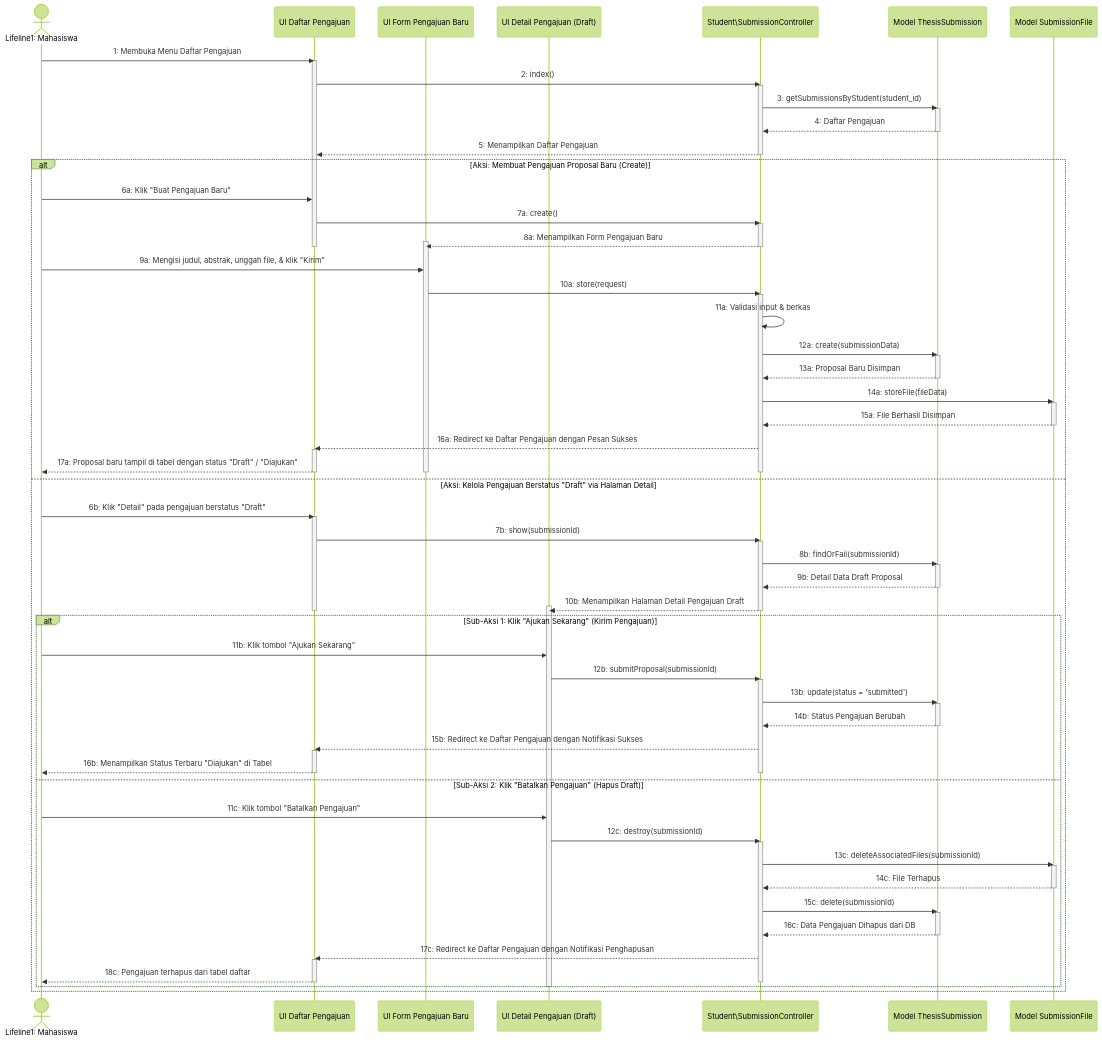
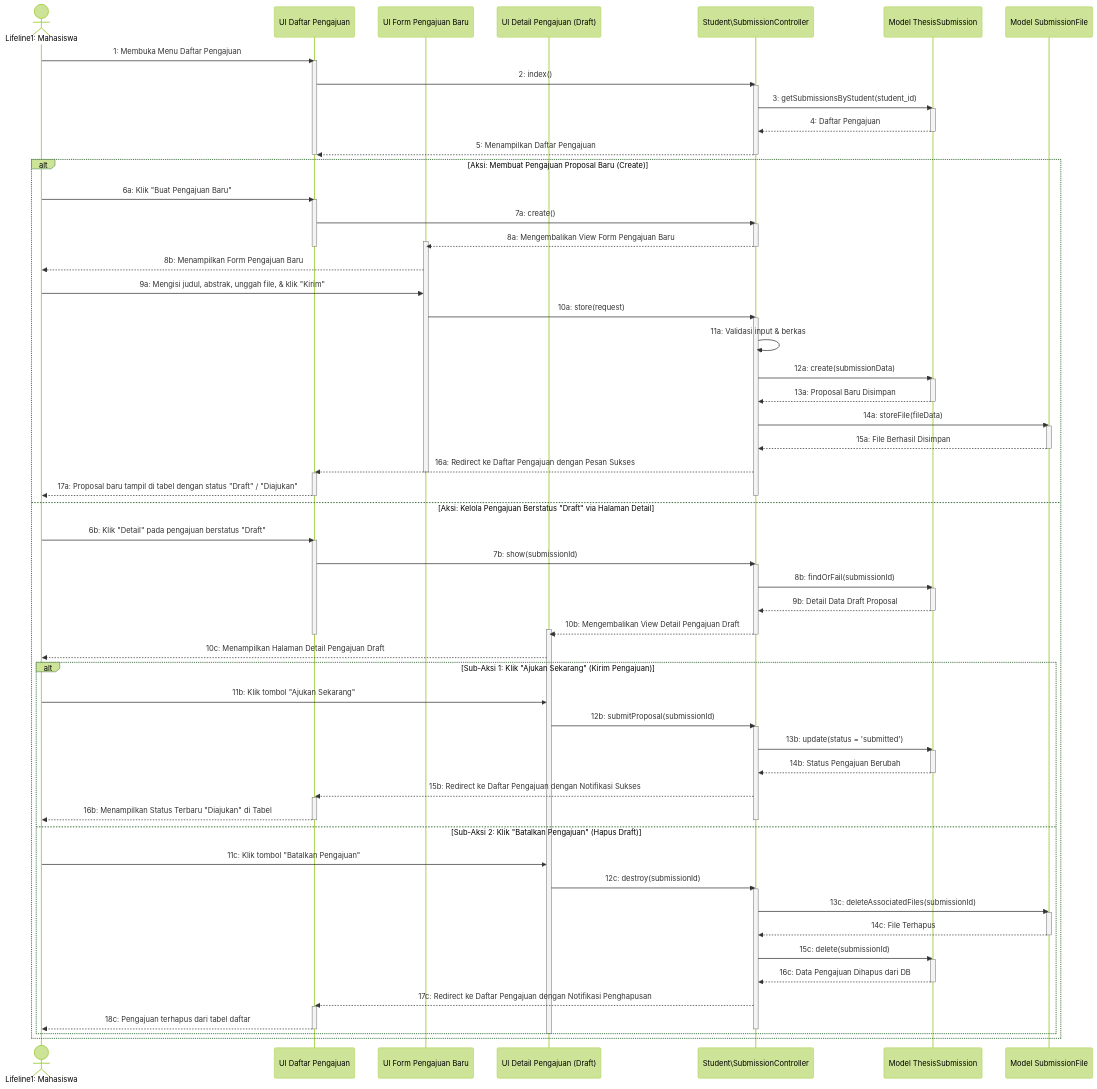
One commit to Duandi04/ta_submission changed the diagram in docs/uml/Sequence Diagram/Mahasiswa/sequence_diagram_kelola_detail_pengajuan.md. Above: the diagram before and after it, drawn with Mermaid (forest theme). The commit also changed 9 other files, not shown here.

Commit message:
refactor: standardize sequence diagrams by updating controller response flows and adding explicit service/facade participants

```diff
--- a/docs/uml/Sequence Diagram/Mahasiswa/sequence_diagram_kelola_detail_pengajuan.md
+++ b/docs/uml/Sequence Diagram/Mahasiswa/sequence_diagram_kelola_detail_pengajuan.md
@@ -23,16 +23,19 @@
     deactivate M_Submission
     Ctrl-->>UI_List: 5: Menampilkan Daftar Pengajuan
     deactivate Ctrl
+    deactivate UI_List
 
     %% ALIRAN PILIHAN TINDAKAN
     alt Aksi: Membuat Pengajuan Proposal Baru (Create)
         Mahasiswa->>UI_List: 6a: Klik "Buat Pengajuan Baru"
+        activate UI_List
         UI_List->>Ctrl: 7a: create()
         activate Ctrl
-        Ctrl-->>UI_Form: 8a: Menampilkan Form Pengajuan Baru
+        Ctrl-->>UI_Form: 8a: Mengembalikan View Form Pengajuan Baru
         deactivate Ctrl
         activate UI_Form
         deactivate UI_List
+        UI_Form-->>Mahasiswa: 8b: Menampilkan Form Pengajuan Baru
 
         Mahasiswa->>UI_Form: 9a: Mengisi judul, abstrak, unggah file, & klik "Kirim"
         UI_Form->>Ctrl: 10a: store(request)
@@ -47,11 +50,11 @@
         M_File-->>Ctrl: 15a: File Berhasil Disimpan
         deactivate M_File
         Ctrl-->>UI_List: 16a: Redirect ke Daftar Pengajuan dengan Pesan Sukses
+        deactivate UI_Form
         activate UI_List
         UI_List-->>Mahasiswa: 17a: Proposal baru tampil di tabel dengan status "Draft" / "Diajukan"
         deactivate UI_List
         deactivate Ctrl
-        deactivate UI_Form
 
     else Aksi: Kelola Pengajuan Berstatus "Draft" via Halaman Detail
         Mahasiswa->>UI_List: 6b: Klik "Detail" pada pengajuan berstatus "Draft"
@@ -62,10 +65,11 @@
         activate M_Submission
         M_Submission-->>Ctrl: 9b: Detail Data Draft Proposal
         deactivate M_Submission
-        Ctrl-->>UI_Detail: 10b: Menampilkan Halaman Detail Pengajuan Draft
+        Ctrl-->>UI_Detail: 10b: Mengembalikan View Detail Pengajuan Draft
         deactivate Ctrl
         activate UI_Detail
         deactivate UI_List
+        UI_Detail-->>Mahasiswa: 10c: Menampilkan Halaman Detail Pengajuan Draft
 
         alt Sub-Aksi 1: Klik "Ajukan Sekarang" (Kirim Pengajuan)
             Mahasiswa->>UI_Detail: 11b: Klik tombol "Ajukan Sekarang"
```
